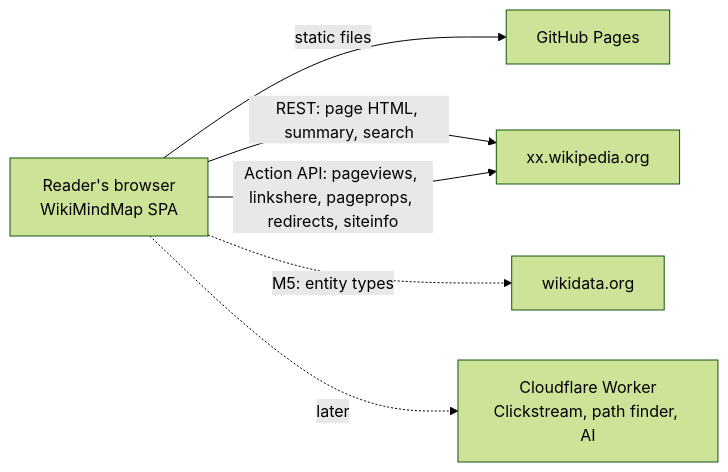
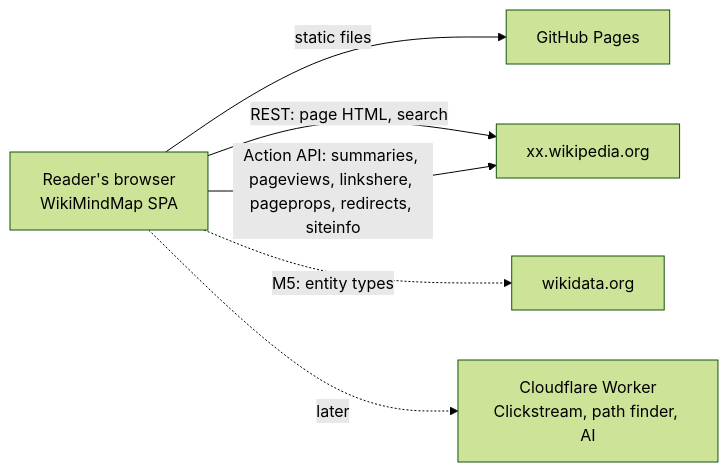
One commit to nyfelix/wikimindmap-next changed the diagram in architecture.md. Above: the diagram before and after it, drawn with Mermaid (forest theme). The commit also changed other lines of this file and 7 other files, not shown here.

````diff
--- a/architecture.md
+++ b/architecture.md
@@ -18,8 +18,8 @@
 ```mermaid
 flowchart LR
   U[Reader's browser<br/>WikiMindMap SPA] -->|static files| GH[GitHub Pages]
-  U -->|REST: page HTML, summary, search| WP[xx.wikipedia.org]
-  U -->|Action API: pageviews, linkshere, pageprops, redirects, siteinfo| WP
+  U -->|REST: page HTML, search| WP[xx.wikipedia.org]
+  U -->|Action API: summaries, pageviews, linkshere, pageprops, redirects, siteinfo| WP
   U -.->|M5: entity types| WD[wikidata.org]
   U -.->|later| CF[Cloudflare Worker<br/>Clickstream, path finder, AI]
 ```
````
